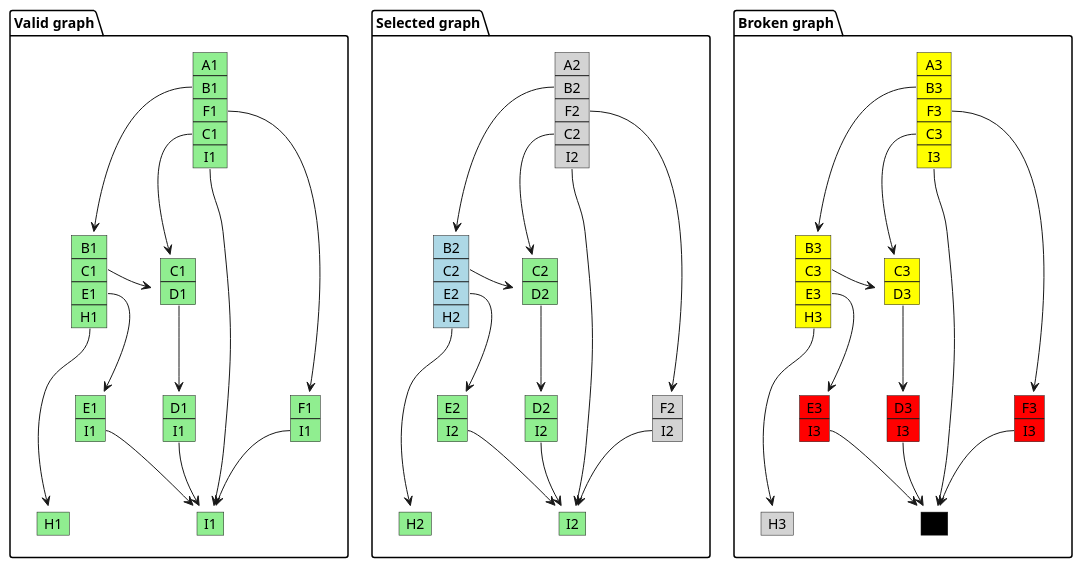
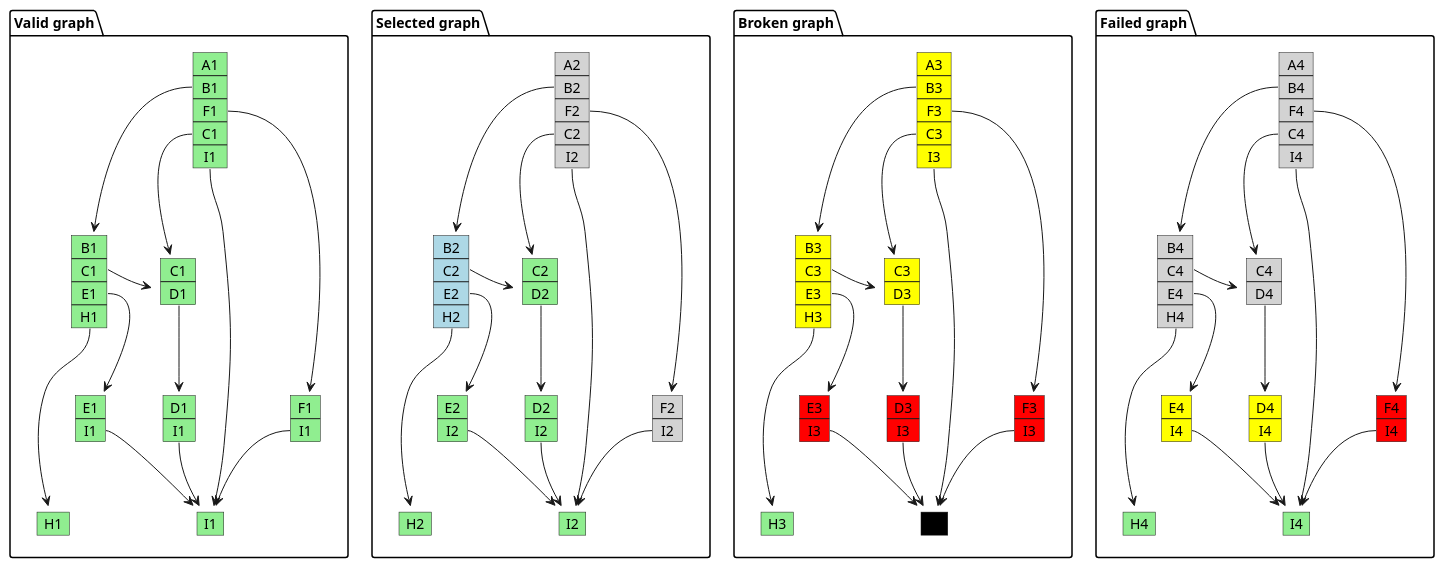
One commit to Flank/flank changed the diagram in docs/hld/task-graph.puml. Above: the diagram before and after it, drawn with PlantUML. The commit also changed 1 other file, not shown here.

```diff
--- a/docs/hld/task-graph.puml
+++ b/docs/hld/task-graph.puml
@@ -1,89 +1,119 @@
 @startuml
 package "Valid graph" {
 map H1 #lightgreen {
 }
 map I1 #lightgreen {
 }
 map F1 #lightgreen {
 I1 *--> I1
 }
 map E1 #lightgreen {
 I1 *--> I1
 }
 map D1 #lightgreen {
 I1 *--> I1
 }
 map C1 #lightgreen {
 D1 *--> D1
 }
 map B1 #lightgreen {
 C1 *-> C1
 E1 *--> E1
 H1*---> H1
 }
 map A1 #lightgreen {
 B1 *--> B1
 F1 *--> F1
 C1 *--> C1
 I1 *--> I1
 }
 }
 package "Selected graph" {
 map H2 #lightgreen {
 }
 map I2 #lightgreen {
 }
 map F2 #lightgrey {
 I2 *--> I2
 }
 map E2 #lightgreen {
 I2 *--> I2
 }
 map D2 #lightgreen {
 I2 *--> I2
 }
 map C2 #lightgreen {
 D2 *--> D2
 }
 map B2 #lightblue {
 C2 *-> C2
 E2 *--> E2
 H2*---> H2
 }
 map A2 #lightgrey {
 B2 *--> B2
 F2 *--> F2
 C2 *--> C2
 I2 *--> I2
 }
 }
 package "Broken graph" {
-map H3 #lightgrey {
+map H3 #lightgreen {
 }
 map I3 #black {
 }
 map F3 #red {
 I3 *--> I3
 }
 map E3 #red {
 I3 *--> I3
 }
 map D3 #red {
 I3 *--> I3
 }
 map C3 #yellow {
 D3 *--> D3
 }
 map B3 #yellow {
 C3 *-> C3
 E3 *--> E3
 H3*---> H3
 }
 map A3 #yellow {
 B3 *--> B3
 F3 *--> F3
 C3 *--> C3
 I3 *--> I3
 }
 }
+
+package "Failed graph" {
+map H4 #lightgreen {
+}
+map I4 #lightgreen {
+}
+map F4 #red {
+I4 *--> I4
+}
+map E4 #yellow {
+I4 *--> I4
+}
+map D4 #yellow {
+I4 *--> I4
+}
+map C4 #lightgrey {
+D4 *--> D4
+}
+map B4 #lightgrey {
+C4 *-> C4
+E4 *--> E4
+H4*---> H4
+}
+map A4 #lightgrey {
+B4 *--> B4
+F4 *--> F4
+C4 *--> C4
+I4 *--> I4
+}
+}
 @enduml
```
